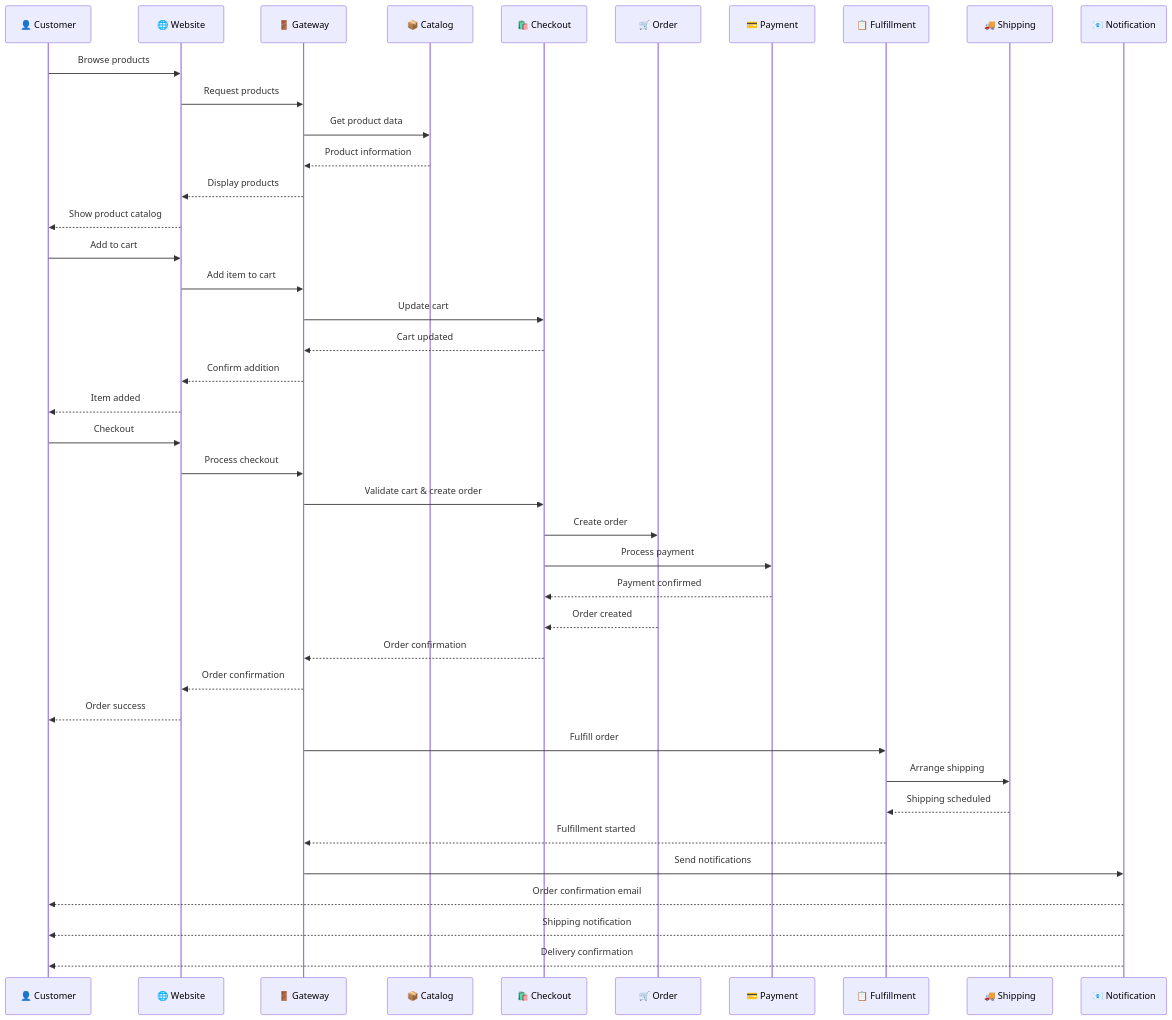
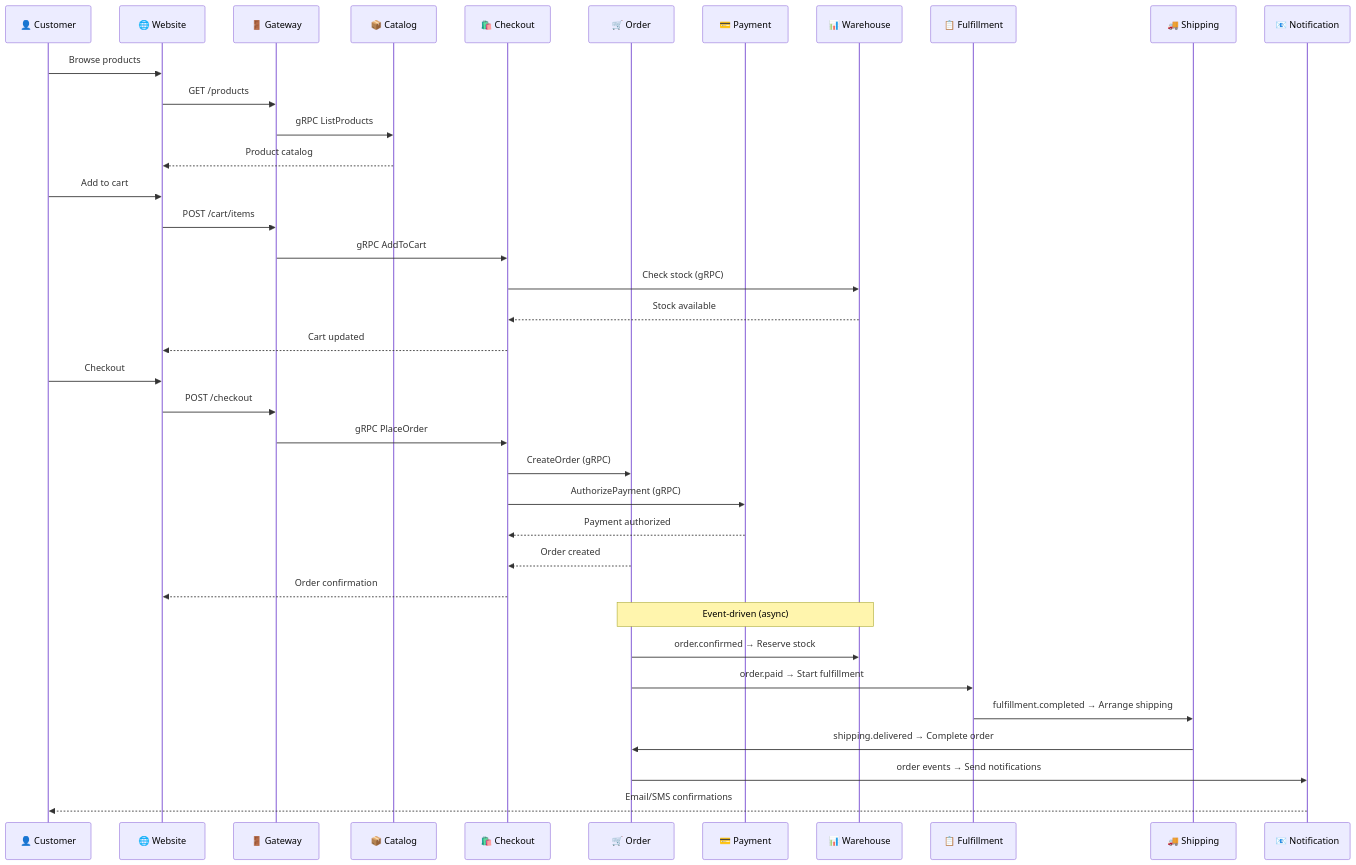
The second of 2 diagrams in 01-architecture/system-overview.md (vesviet/Composable-Commerce-Service-Architecture), drawn with Mermaid before and after one commit. The commit also changed other lines of this file and 8 other files, not shown here.

````diff
--- a/01-architecture/system-overview.md
+++ b/01-architecture/system-overview.md
@@ -171,48 +157,44 @@
 ```mermaid
 sequenceDiagram
     participant C as 👤 Customer
     participant W as 🌐 Website
     participant G as 🚪 Gateway
     participant CAT as 📦 Catalog
     participant CH as 🛍️ Checkout
     participant O as 🛒 Order
     participant P as 💳 Payment
+    participant WH as 📊 Warehouse
     participant F as 📋 Fulfillment
     participant S as 🚚 Shipping
     participant N as 📧 Notification
     
     C->>W: Browse products
-    W->>G: Request products
-    G->>CAT: Get product data
-    CAT-->>G: Product information
-    G-->>W: Display products
-    W-->>C: Show product catalog
+    W->>G: GET /products
+    G->>CAT: gRPC ListProducts
+    CAT-->>W: Product catalog
     
     C->>W: Add to cart
-    W->>G: Add item to cart
-    G->>CH: Update cart
-    CH-->>G: Cart updated
-    G-->>W: Confirm addition
-    W-->>C: Item added
+    W->>G: POST /cart/items
+    G->>CH: gRPC AddToCart
+    CH->>WH: Check stock (gRPC)
+    WH-->>CH: Stock available
+    CH-->>W: Cart updated
     
     C->>W: Checkout
-    W->>G: Process checkout
-    G->>CH: Validate cart & create order
-    CH->>O: Create order
-    CH->>P: Process payment
-    P-->>CH: Payment confirmed
+    W->>G: POST /checkout
+    G->>CH: gRPC PlaceOrder
+    CH->>O: CreateOrder (gRPC)
+    CH->>P: AuthorizePayment (gRPC)
+    P-->>CH: Payment authorized
     O-->>CH: Order created
-    CH-->>G: Order confirmation
-    G-->>W: Order confirmation
-    W-->>C: Order success
+    CH-->>W: Order confirmation
     
-    G->>F: Fulfill order
-    F->>S: Arrange shipping
-    S-->>F: Shipping scheduled
-    F-->>G: Fulfillment started
+    Note over O,WH: Event-driven (async)
+    O->>WH: order.confirmed → Reserve stock
+    O->>F: order.paid → Start fulfillment
+    F->>S: fulfillment.completed → Arrange shipping
+    S->>O: shipping.delivered → Complete order
     
-    G->>N: Send notifications
-    N-->>C: Order confirmation email
-    N-->>C: Shipping notification
-    N-->>C: Delivery confirmation
+    O->>N: order events → Send notifications
+    N-->>C: Email/SMS confirmations
 ```
````
